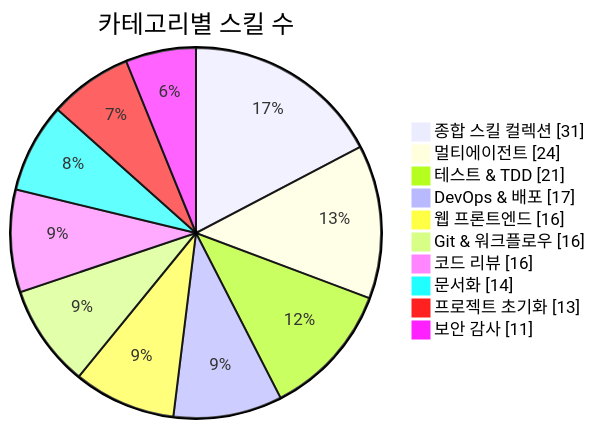
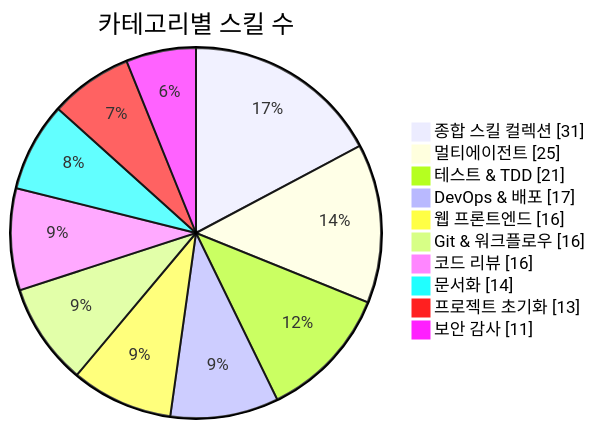
The first of 3 diagrams in README.md (J-nowcow/awesome-korean-agent-skills), drawn with Mermaid before and after one commit. The commit also changed other lines of this file and 4 other files, not shown here.

````diff
--- a/README.md
+++ b/README.md
@@ -176,14 +176,14 @@
 ```mermaid
 pie showData
     title 카테고리별 스킬 수
     "종합 스킬 컬렉션" : 31
-    "멀티에이전트" : 24
+    "멀티에이전트" : 25
     "테스트 & TDD" : 21
     "DevOps & 배포" : 17
     "웹 프론트엔드" : 16
     "Git & 워크플로우" : 16
     "코드 리뷰" : 16
     "문서화" : 14
     "프로젝트 초기화" : 13
     "보안 감사" : 11
 ```
````
